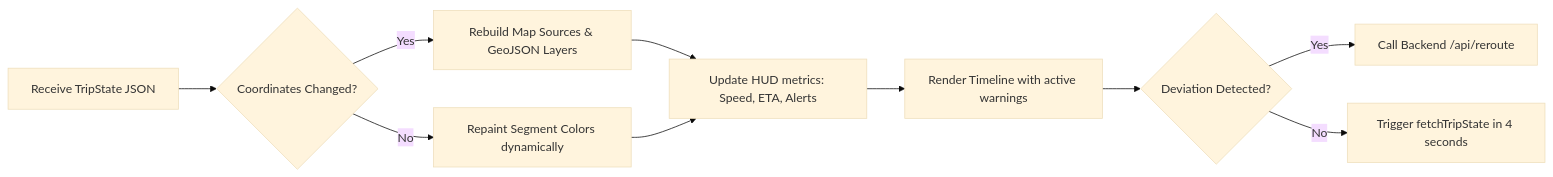
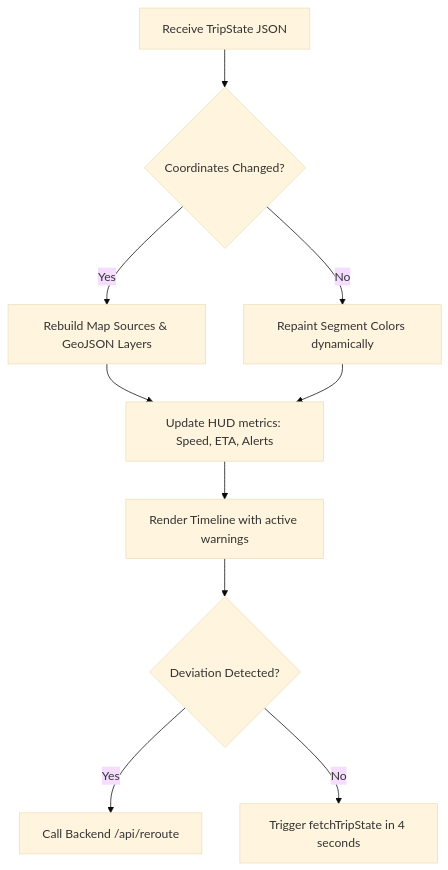
The fifth of 5 diagrams in README.md (Varshith10121901/E---horizon-driving-system), drawn with Mermaid (base theme) before and after one commit. The commit also changed other lines of this file and 4 other files, not shown here.

Commit message:
Update system architecture diagrams, flow charts, and README to reflect OSRM/Overpass segmentation, India Hotels DB integration, and AbortController stop search

````diff
--- a/README.md
+++ b/README.md
@@ -136,16 +139,16 @@
 ```mermaid
-flowchart LR
+flowchart TD
     APIResponse[Receive TripState JSON] --> CheckCoords{Coordinates Changed?}
     
     CheckCoords -- Yes --> RedrawRoute[Rebuild Map Sources & GeoJSON Layers]
     CheckCoords -- No --> UpdateColors[Repaint Segment Colors dynamically]
     
     RedrawRoute --> UpdateHUD[Update HUD metrics: Speed, ETA, Alerts]
     UpdateColors --> UpdateHUD
     
     UpdateHUD --> RenderTimeline[Render Timeline with active warnings]
     RenderTimeline --> HandleDeviation{Deviation Detected?}
     
     HandleDeviation -- Yes --> TriggerReroute[Call Backend /api/reroute]
     HandleDeviation -- No --> AutoPoll[Trigger fetchTripState in 4 seconds]
 ```
````
